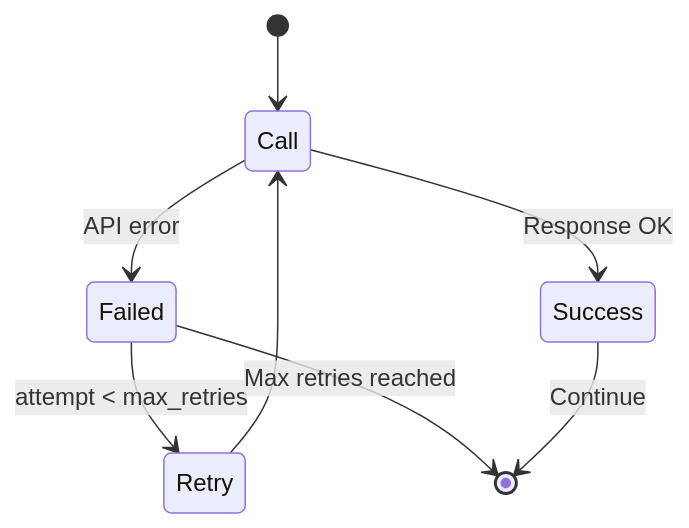
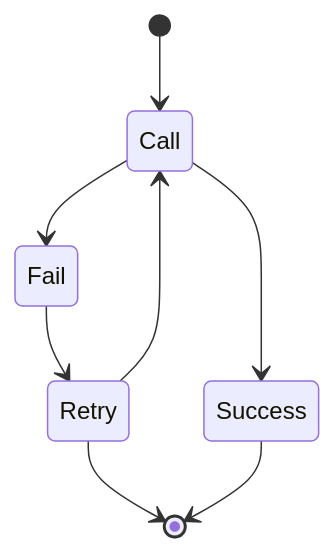
The fourth of 5 diagrams in examples/api_pipeline/07_api_retry_config/README.md (wisrovi/wpipe), drawn with Mermaid before and after one commit. The commit also changed other lines of this file and 20 other files, not shown here.

First line of the commit message:
Simplify Mermaid diagrams for better rendering

````diff
--- a/examples/api_pipeline/07_api_retry_config/README.md
+++ b/examples/api_pipeline/07_api_retry_config/README.md
@@ -64,10 +54,10 @@
 ```mermaid
 stateDiagram-v2
     [*] --> Call
-    Call --> Failed: API error
-    Call --> Success: Response OK
-    Failed --> Retry: attempt < max_retries
-    Failed --> [*]: Max retries reached
+    Call --> Fail
+    Call --> Success
+    Fail --> Retry
     Retry --> Call
-    Success --> [*]: Continue
+    Retry --> [*]
+    Success --> [*]
 ```
````
